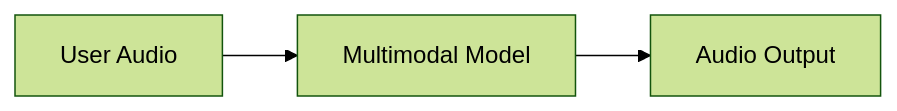
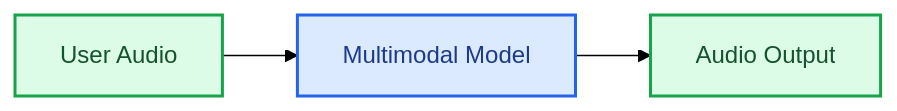
Before and after one commit to kunfan96/cndocs-langchain: the second of 2 diagrams in oss/javascript/langchain/voice-agent.mdx, drawn with Mermaid (forest theme). The commit also changed other lines of this file and 2611 other files, not shown here.

````diff
--- a/oss/javascript/langchain/voice-agent.mdx
+++ b/oss/javascript/langchain/voice-agent.mdx
@@ -59,5 +65,11 @@
 ```mermaid
 flowchart LR
     A[User Audio] --> B[Multimodal Model]
     B --> C[Audio Output]
+
+    classDef trigger fill:#DCFCE7,stroke:#16A34A,stroke-width:2px,color:#14532D
+    classDef process fill:#DBEAFE,stroke:#2563EB,stroke-width:2px,color:#1E3A8A
+
+    class A,C trigger
+    class B process
 ```
````
